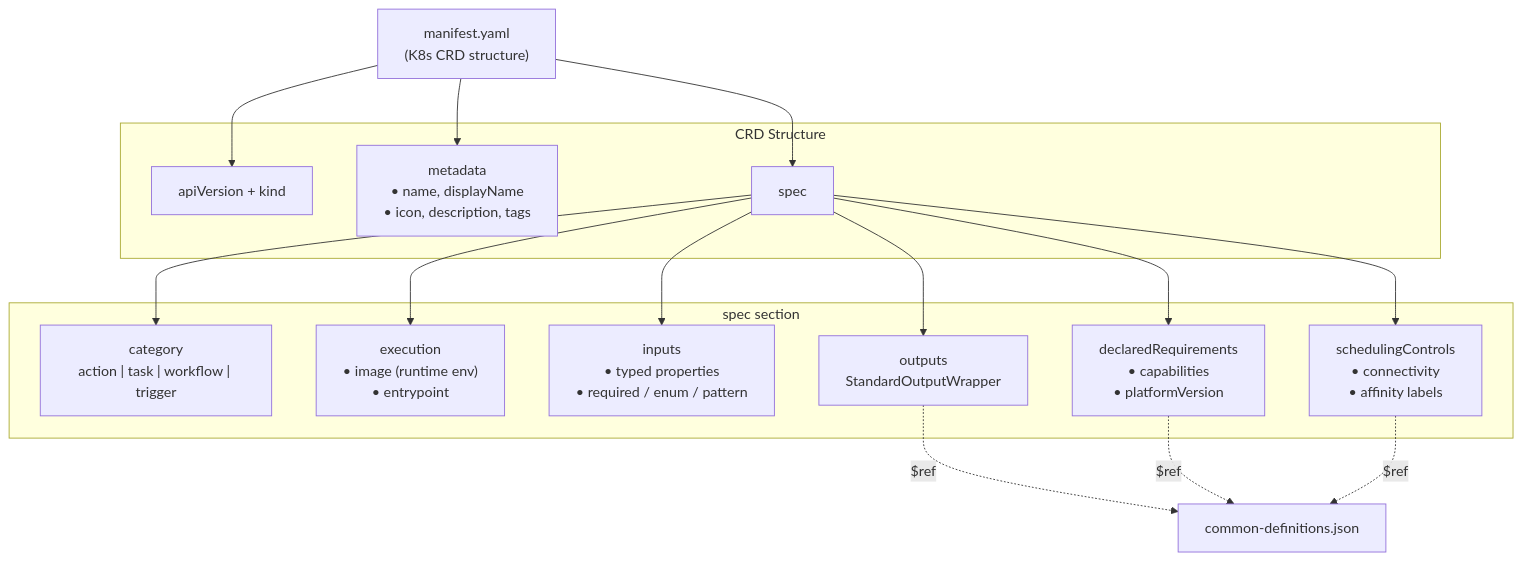
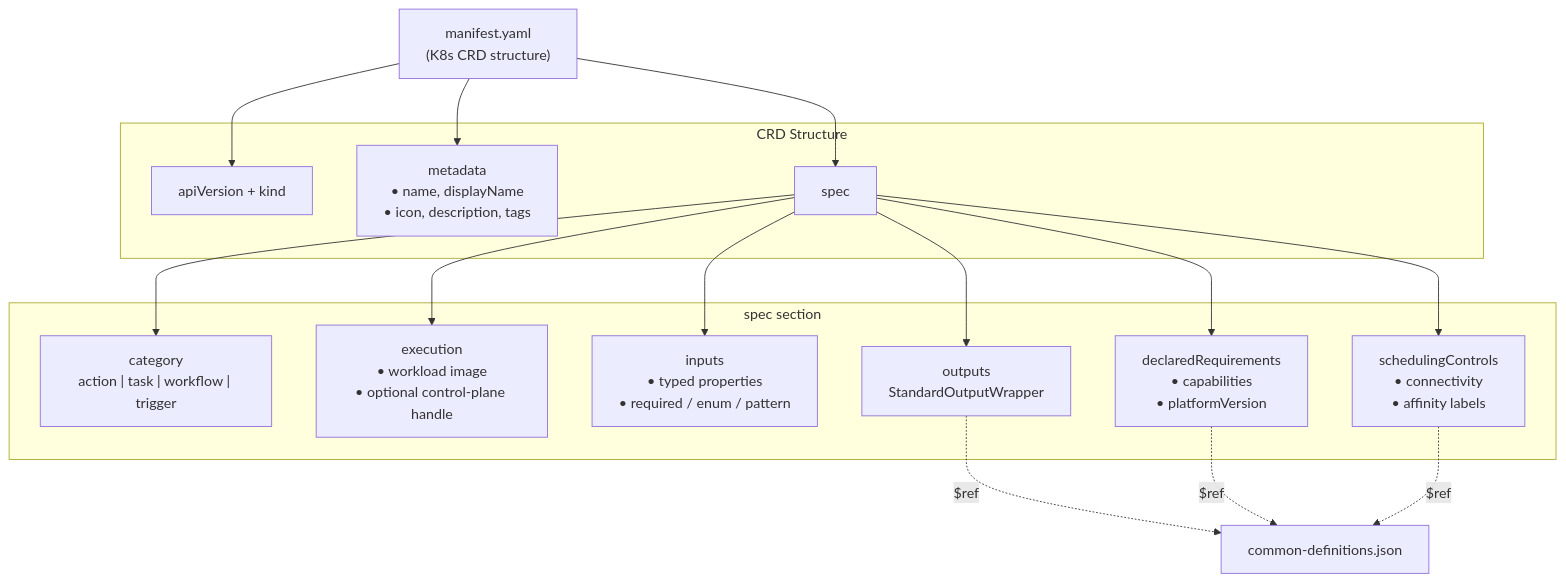
Before and after one commit to syntara-orchestration/syntara-node-sdk: the second of 6 diagrams in docs/architecture.md, drawn with Mermaid. The commit also changed other lines of this file and 5 other files, not shown here.

````diff
--- a/docs/architecture.md
+++ b/docs/architecture.md
@@ -265,33 +265,33 @@
 ```mermaid
 graph TB
     MANIFEST["manifest.yaml<br/>(K8s CRD structure)"]
 
     subgraph CRD["CRD Structure"]
         API["apiVersion + kind"]
         META["metadata<br/>• name, displayName<br/>• icon, description, tags"]
         SPEC["spec"]
     end
 
     subgraph SPEC_CONTENTS["spec section"]
         CLASS["category<br/>action | task | workflow | trigger"]
-        EXEC["execution<br/>• image (runtime env)<br/>• entrypoint"]
+        EXEC["execution<br/>• workload image<br/>• optional control-plane handle"]
         INPUTS["inputs<br/>• typed properties<br/>• required / enum / pattern"]
         OUTPUTS["outputs<br/>StandardOutputWrapper"]
         REQS["declaredRequirements<br/>• capabilities<br/>• platformVersion"]
         SCHED["schedulingControls<br/>• connectivity<br/>• affinity labels"]
     end
 
     MANIFEST --> API
     MANIFEST --> META
     MANIFEST --> SPEC
     SPEC --> CLASS
     SPEC --> EXEC
     SPEC --> INPUTS
     SPEC --> OUTPUTS
     SPEC --> REQS
     SPEC --> SCHED
 
     OUTPUTS -.->|$ref| CD["common-definitions.json"]
     REQS -.->|$ref| CD
     SCHED -.->|$ref| CD
 ```
````
